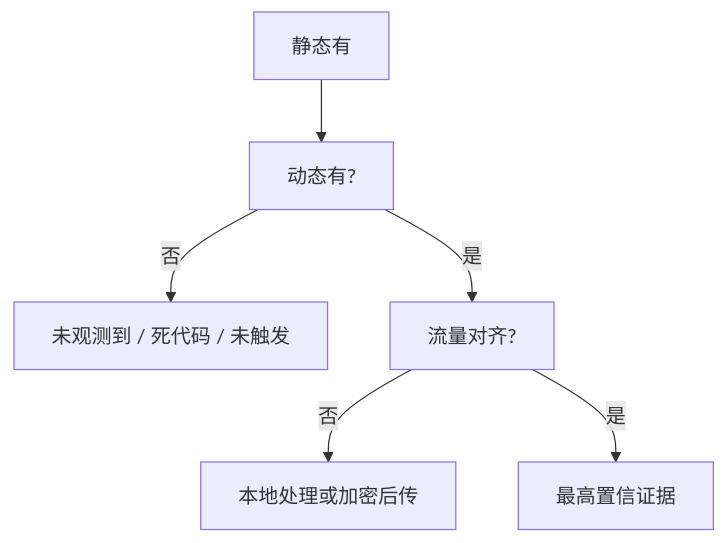
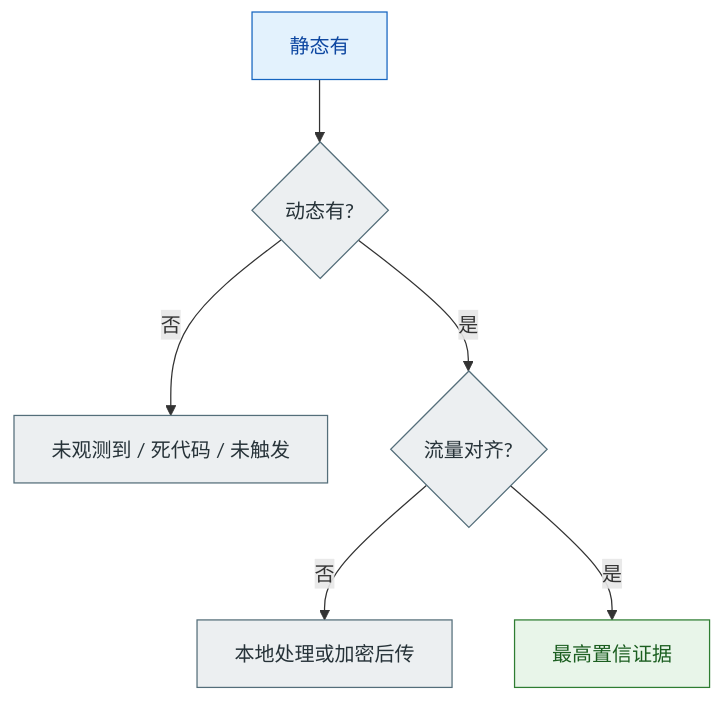
The second of 3 diagrams in docs/methodology.md (ConradLu2740/app-privacy-audit), drawn with Mermaid before and after one commit. The commit also changed other lines of this file and 7 other files, not shown here.

First line of the commit message:
Upgrade all diagrams: unified styling, gate markers, data visualization

````diff
--- a/docs/methodology.md
+++ b/docs/methodology.md
@@ -41,8 +51,16 @@
 ```mermaid
 flowchart TD
-  A["静态有"] --> B["动态有?"]
+  classDef stat fill:#E3F2FD,stroke:#1565C0,color:#0D47A1;
+  classDef ok fill:#E8F5E9,stroke:#2E7D32,color:#1B5E20;
+  classDef mid fill:#ECEFF1,stroke:#546E7A,color:#263238;
+
+  A["静态有"] --> B{"动态有?"}
   B -->|否| C["未观测到 / 死代码 / 未触发"]
-  B -->|是| D["流量对齐?"]
+  B -->|是| D{"流量对齐?"}
   D -->|否| E["本地处理或加密后传"]
   D -->|是| F["最高置信证据"]
+
+  class A stat;
+  class F ok;
+  class B,C,D,E mid;
 ```
````
